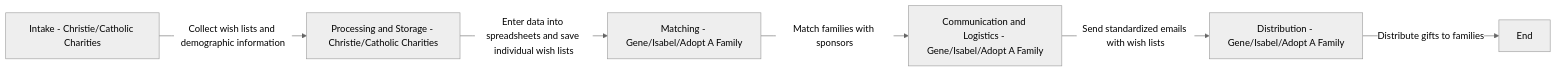
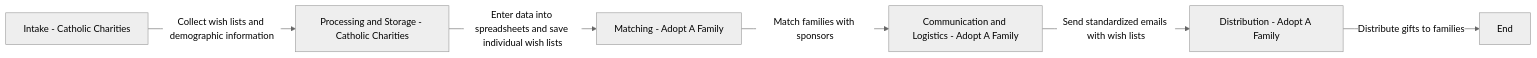
The second of 2 diagrams in README.md (ajalix/adoptafamily), drawn with Mermaid (neutral theme) before and after one commit.

Commit message:
Update process flow to remove individual names, keeping only organizations

````diff
--- a/README.md
+++ b/README.md
@@ -30,8 +30,8 @@
 ```mermaid
 graph LR
-    A[Intake - Christie/Catholic Charities] -->|Collect wish lists and demographic information| B[Processing and Storage - Christie/Catholic Charities]
-    B -->|Enter data into spreadsheets and save individual wish lists| C[Matching - Gene/Isabel/Adopt A Family]
-    C -->|Match families with sponsors| D[Communication and Logistics - Gene/Isabel/Adopt A Family]
-    D -->|Send standardized emails with wish lists| E[Distribution - Gene/Isabel/Adopt A Family]
+    A[Intake - Catholic Charities] -->|Collect wish lists and demographic information| B[Processing and Storage - Catholic Charities]
+    B -->|Enter data into spreadsheets and save individual wish lists| C[Matching - Adopt A Family]
+    C -->|Match families with sponsors| D[Communication and Logistics - Adopt A Family]
+    D -->|Send standardized emails with wish lists| E[Distribution - Adopt A Family]
     E -->|Distribute gifts to families| F[End]
 ```
````
